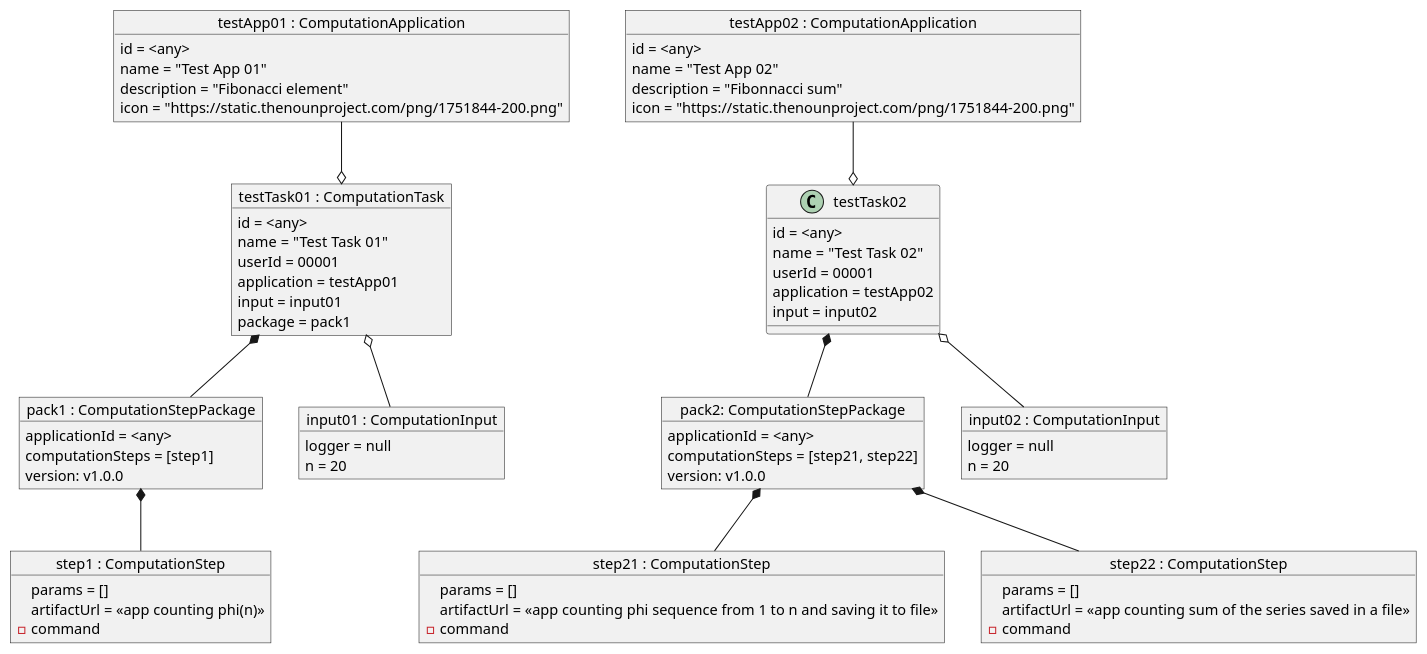
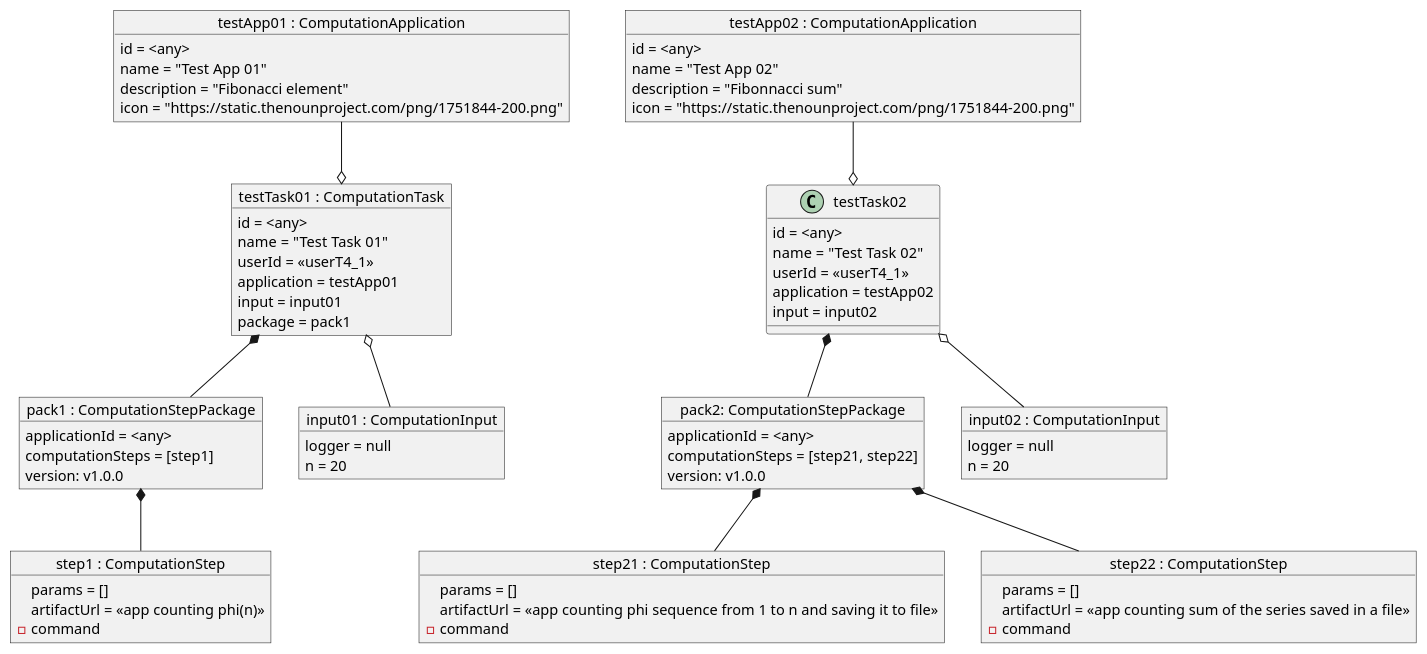
Before and after one commit to Plan-B-PO/docs: the diagram in test_scenarios/data/T4_in.puml, drawn with PlantUML. The commit also changed 1 other file, not shown here.

Commit message:
Fix userId in T4

```diff
--- a/test_scenarios/data/T4_in.puml
+++ b/test_scenarios/data/T4_in.puml
@@ -1,90 +1,90 @@
 @startuml
 
 object "testApp01 : ComputationApplication" as testApp01 {
     id = <any>
     name = "Test App 01"
     description = "Fibonacci element"
     icon = "https://static.thenounproject.com/png/1751844-200.png"
 }
 
 object "pack1 : ComputationStepPackage" as pack1 {
     applicationId = <any>
     computationSteps = [step1]
     version: v1.0.0
 }
 
 object "step1 : ComputationStep" as step1 {
     params = []
     artifactUrl = <<app counting phi(n)>>
     - command
 }
 
 pack1 *-- step1
 
 object "testTask01 : ComputationTask" as testTask01 {
     id = <any>
     name = "Test Task 01"
-    userId = 00001
+    userId = <<userT4_1>>
     application = testApp01
     input = input01
     package = pack1
 }
 
 testTask01 *-- pack1
 
 object "input01 : ComputationInput" as input01 {
     logger = null
     n = 20
 }
 
 testApp01 --o testTask01
 testTask01 o-- input01
 
 object "testApp02 : ComputationApplication" as testApp02 {
     id = <any>
     name = "Test App 02"
     description = "Fibonnacci sum"
     icon = "https://static.thenounproject.com/png/1751844-200.png"
 }
 
 object "pack2: ComputationStepPackage" as pack2 {
     applicationId = <any>
     computationSteps = [step21, step22]
     version: v1.0.0
 }
 
 testTask02 *-- pack2
 
 object "step21 : ComputationStep" as step21 {
     params = []
     artifactUrl = <<app counting phi sequence from 1 to n and saving it to file>>
     - command
 }
 
 object "step22 : ComputationStep" as step22 {
     params = []
     artifactUrl = <<app counting sum of the series saved in a file>>
     - command
 }
 
 pack2 *-- step21
 pack2 *-- step22
 
 object "testTask02 : ComputationTask" as testTask02 {
     id = <any>
     name = "Test Task 02"
-    userId = 00001
+    userId = <<userT4_1>>
     application = testApp02
     input = input02
 }
 
 object "input02 : ComputationInput" as input02 {
     logger = null
     n = 20
 }
 
 testApp02 --o testTask02
 testTask02 o-- input02
 
 
 @enduml
```
